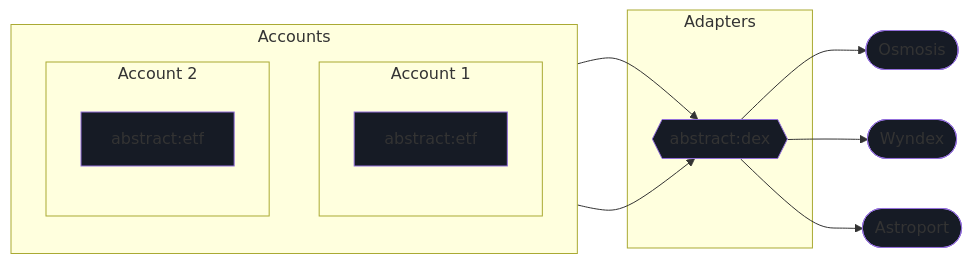
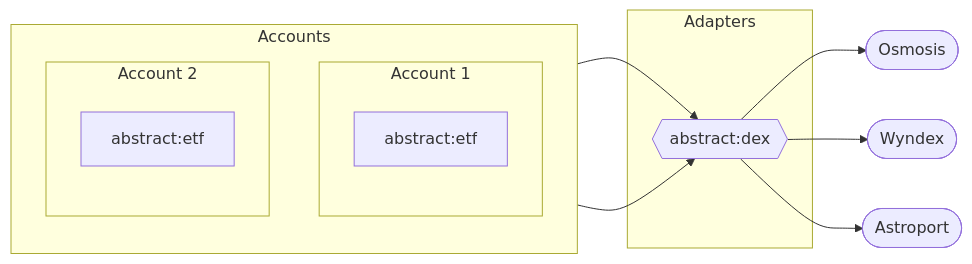
Before and after one commit to AbstractSDK/abstract: the first of 6 diagrams in framework/docs/src/3_framework/6_module_types.md, drawn with Mermaid. The commit also changed 5 other files, not shown here.

````diff
--- a/framework/docs/src/3_framework/6_module_types.md
+++ b/framework/docs/src/3_framework/6_module_types.md
@@ -64,27 +64,21 @@
 ```mermaid
 flowchart LR
     subgraph Accounts
         direction BT
         subgraph Acc1["Account 1"]
             App1["abstract:etf"]
         end
         subgraph Acc2["Account 2"]
             App2["abstract:etf"]
         end
     end
 
     subgraph Adapters
         Acc1 --> Adapter1{{"abstract:dex"}}
         Acc2 --> Adapter1
     end
 
     Adapter1 --> dex1([Osmosis])
     Adapter1 --> dex2([Wyndex])
     Adapter1 --> dex3([Astroport])
-    style App1 fill: #161b25
-    style App2 fill: #161b25
-    style Adapter1 fill: #161b25
-    style dex1 fill: #161b25
-    style dex2 fill: #161b25
-    style dex3 fill: #161b25
 ```
````
